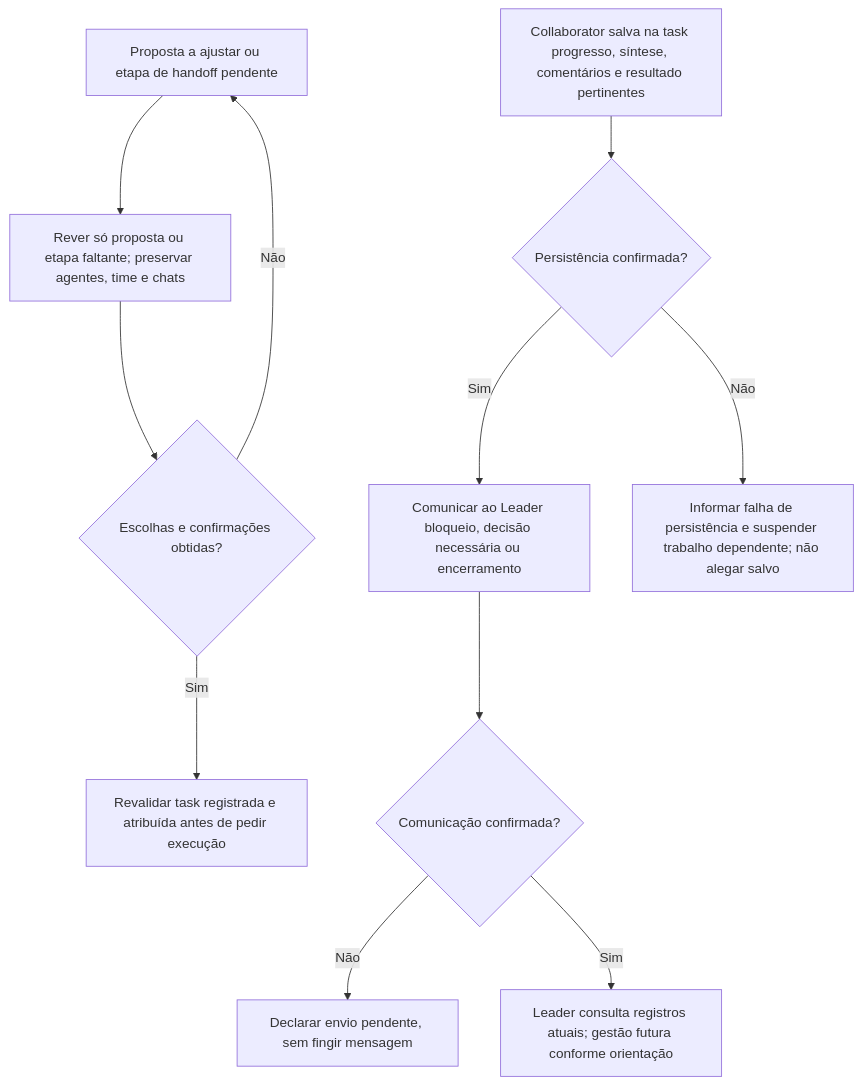
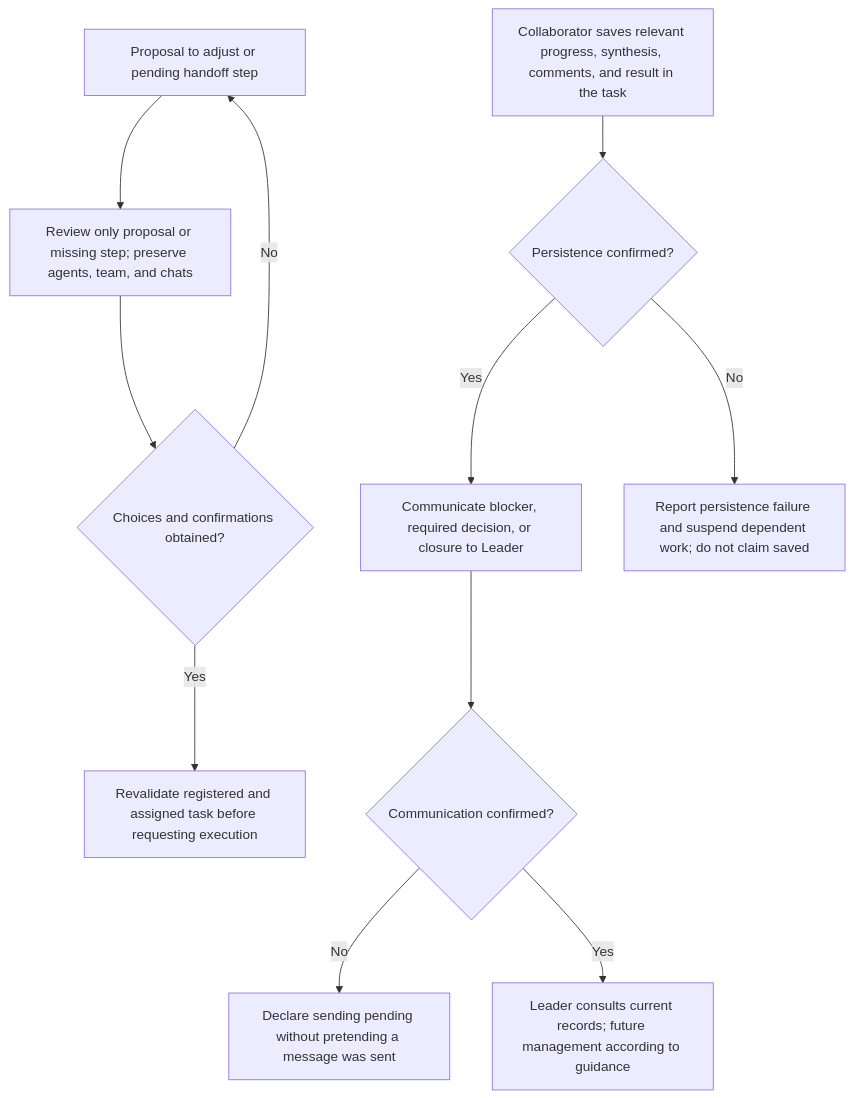
One commit to runvibe/beeteam changed the second of 2 diagrams in skills/bee-team-collaborator/references/leader-onboarding-flows.md. Above: the diagram before and after it, drawn with Mermaid. The commit also changed other lines of this file and 45 other files, not shown here.

````diff
--- a/skills/bee-team-collaborator/references/leader-onboarding-flows.md
+++ b/skills/bee-team-collaborator/references/leader-onboarding-flows.md
@@ -93,13 +93,13 @@
 ```mermaid
 flowchart TD
-    PENDENCIA["Proposta a ajustar ou etapa de handoff pendente"] --> RECUPERAR["Rever só proposta ou etapa faltante; preservar agentes, time e chats"]
-    RECUPERAR --> CONFIRMAR{"Escolhas e confirmações obtidas?"}
-    CONFIRMAR -->|Não| PENDENCIA
-    CONFIRMAR -->|Sim| CONTINUAR["Revalidar task registrada e atribuída antes de pedir execução"]
-    RESULTADO["Collaborator salva na task progresso, síntese, comentários e resultado pertinentes"] --> SALVO{"Persistência confirmada?"}
-    SALVO -->|Sim| AVISO["Comunicar ao Leader bloqueio, decisão necessária ou encerramento"]
-    SALVO -->|Não| FALHA["Informar falha de persistência e suspender trabalho dependente; não alegar salvo"]
-    AVISO --> CANAL{"Comunicação confirmada?"}
-    CANAL -->|Não| SEMCANAL["Declarar envio pendente, sem fingir mensagem"]
-    CANAL -->|Sim| LEITURA["Leader consulta registros atuais; gestão futura conforme orientação"]
+    PENDENCIA["Proposal to adjust or pending handoff step"] --> RECUPERAR["Review only proposal or missing step; preserve agents, team, and chats"]
+    RECUPERAR --> CONFIRMAR{"Choices and confirmations obtained?"}
+    CONFIRMAR -->|No| PENDENCIA
+    CONFIRMAR -->|Yes| CONTINUAR["Revalidate registered and assigned task before requesting execution"]
+    RESULTADO["Collaborator saves relevant progress, synthesis, comments, and result in the task"] --> SALVO{"Persistence confirmed?"}
+    SALVO -->|Yes| AVISO["Communicate blocker, required decision, or closure to Leader"]
+    SALVO -->|No| FALHA["Report persistence failure and suspend dependent work; do not claim saved"]
+    AVISO --> CANAL{"Communication confirmed?"}
+    CANAL -->|No| SEMCANAL["Declare sending pending without pretending a message was sent"]
+    CANAL -->|Yes| LEITURA["Leader consults current records; future management according to guidance"]
 ```
````
